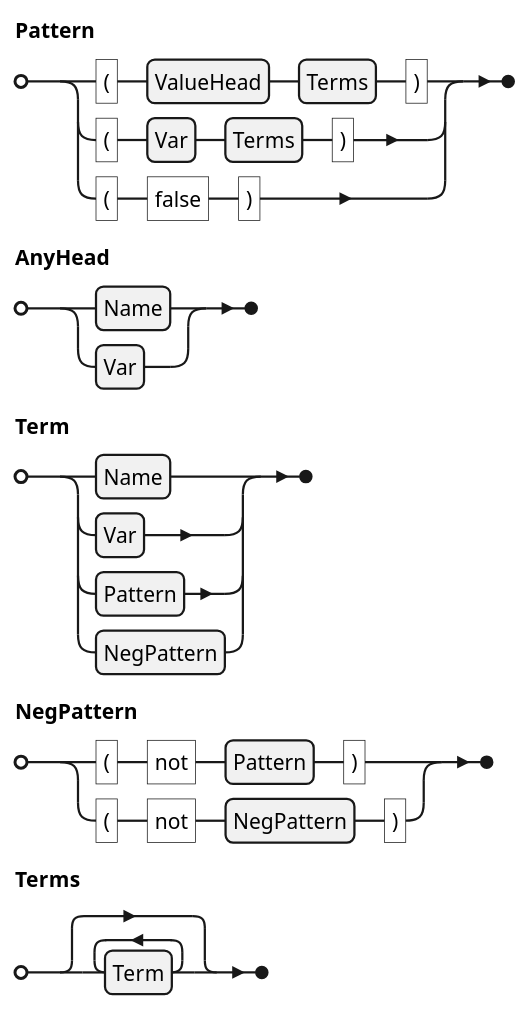
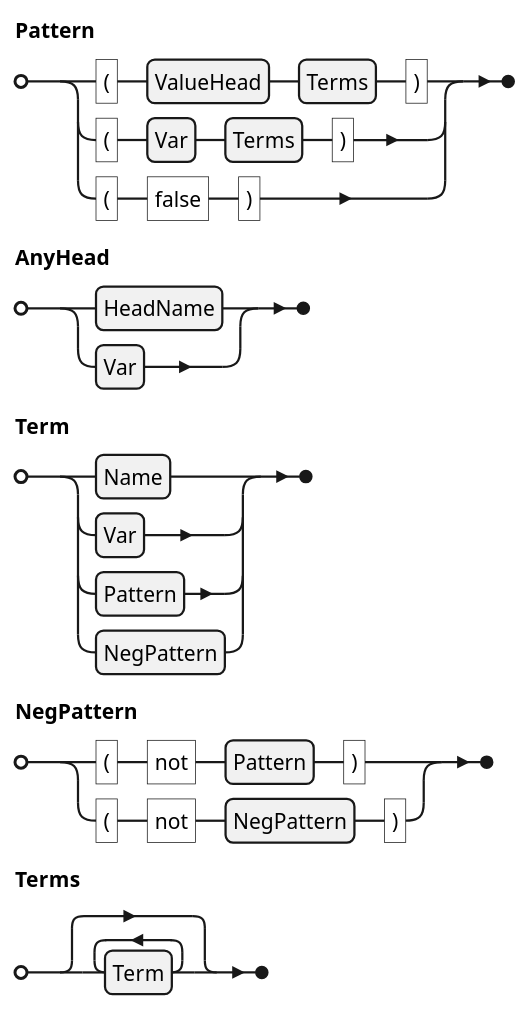
Before and after one commit to agutikov/ein: the diagram in docs/ein/user/04-reference/diagrams/01-grammar-phrase-pattern.puml, drawn with PlantUML. The commit also changed 23 other files, not shown here.

First line of the commit message:
false and not are the standard library's names: not is a position word, a name wherever a name goes but a head, and a relation, a rule, an hrule and an alias may bind either; a macro may not (Q-M1f.557; S1f.21.11, task 2.3).

```diff
--- a/docs/ein/user/04-reference/diagrams/01-grammar-phrase-pattern.puml
+++ b/docs/ein/user/04-reference/diagrams/01-grammar-phrase-pattern.puml
@@ -1,7 +1,7 @@
 @startebnf
 Pattern = "(" , ValueHead , Terms , ")" | "(" , Var , Terms , ")" | "(" , "false" , ")" ;
-AnyHead = Name | Var ;
+AnyHead = HeadName | Var ;
 Term = Name | Var | Pattern | NegPattern ;
 NegPattern = "(" , "not" , Pattern , ")" | "(" , "not" , NegPattern , ")" ;
 Terms = { Term } ;
 @endebnf
```
